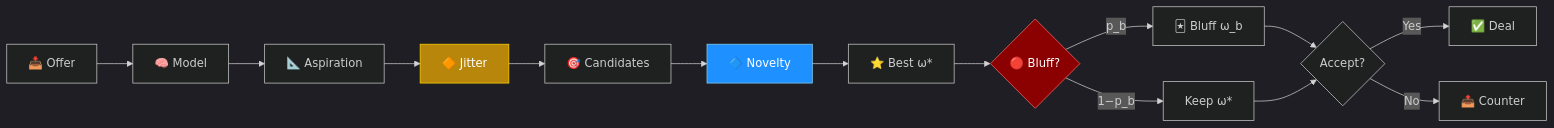
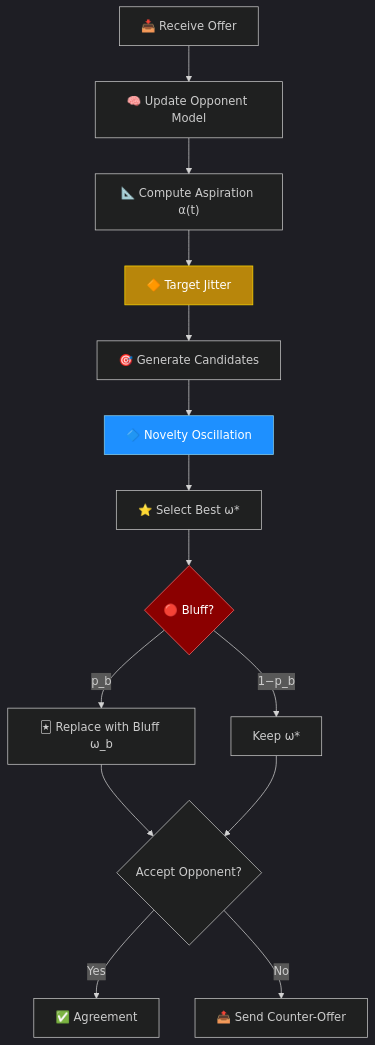
One commit to celosers/AdaptiveBathNegotiater changed the first of 3 diagrams in README.md. Above: the diagram before and after it, drawn with Mermaid. The commit also changed other lines of this file, not shown here.

Commit message:
Switch diagrams to vertical TD layout

````diff
--- a/README.md
+++ b/README.md
@@ -11,21 +11,21 @@
 ```mermaid
 %%{init: {'theme': 'dark', 'themeVariables': {'fontSize': '16px'}}}%%
-flowchart LR
-    A["📥 Offer"] --> B["🧠 Model"]
-    B --> C["📐 Aspiration"]
-    C --> D["🔶 Jitter"]
-    D --> E["🎯 Candidates"]
-    E --> F["🔷 Novelty"]
-    F --> G["⭐ Best ω*"]
+flowchart TD
+    A["📥 Receive Offer"] --> B["🧠 Update Opponent Model"]
+    B --> C["📐 Compute Aspiration α(t)"]
+    C --> D["🔶 Target Jitter"]
+    D --> E["🎯 Generate Candidates"]
+    E --> F["🔷 Novelty Oscillation"]
+    F --> G["⭐ Select Best ω*"]
     G --> H{"🔴 Bluff?"}
-    H -->|"p_b"| I["🃏 Bluff ω_b"]
+    H -->|"p_b"| I["🃏 Replace with Bluff ω_b"]
     H -->|"1−p_b"| J["Keep ω*"]
-    I --> K{"Accept?"}
+    I --> K{"Accept Opponent?"}
     J --> K
-    K -->|"Yes"| L["✅ Deal"]
-    K -->|"No"| M["📤 Counter"]
+    K -->|"Yes"| L["✅ Agreement"]
+    K -->|"No"| M["📤 Send Counter-Offer"]
 
     style D fill:#b8860b,stroke:#ffd700,color:#fff
     style F fill:#1e90ff,stroke:#87ceeb,color:#fff
     style H fill:#8b0000,stroke:#ff6b6b,color:#fff
 ```
````
